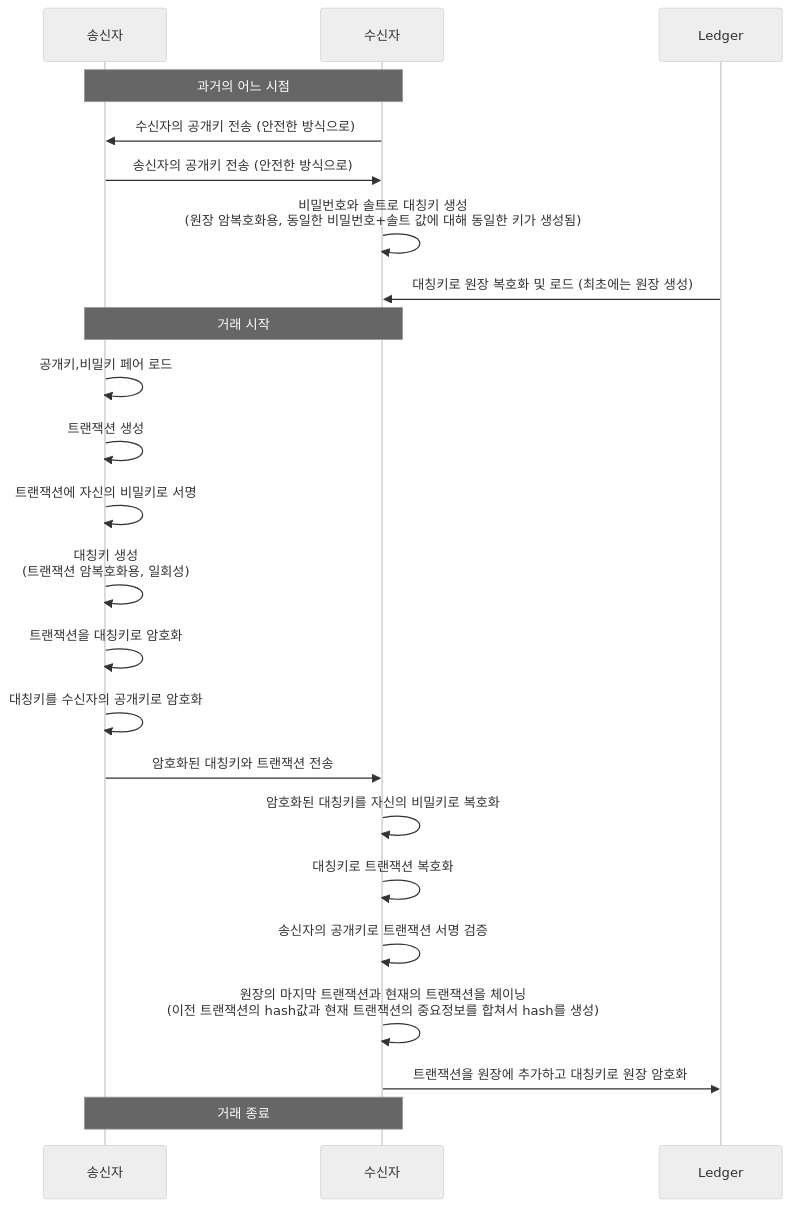
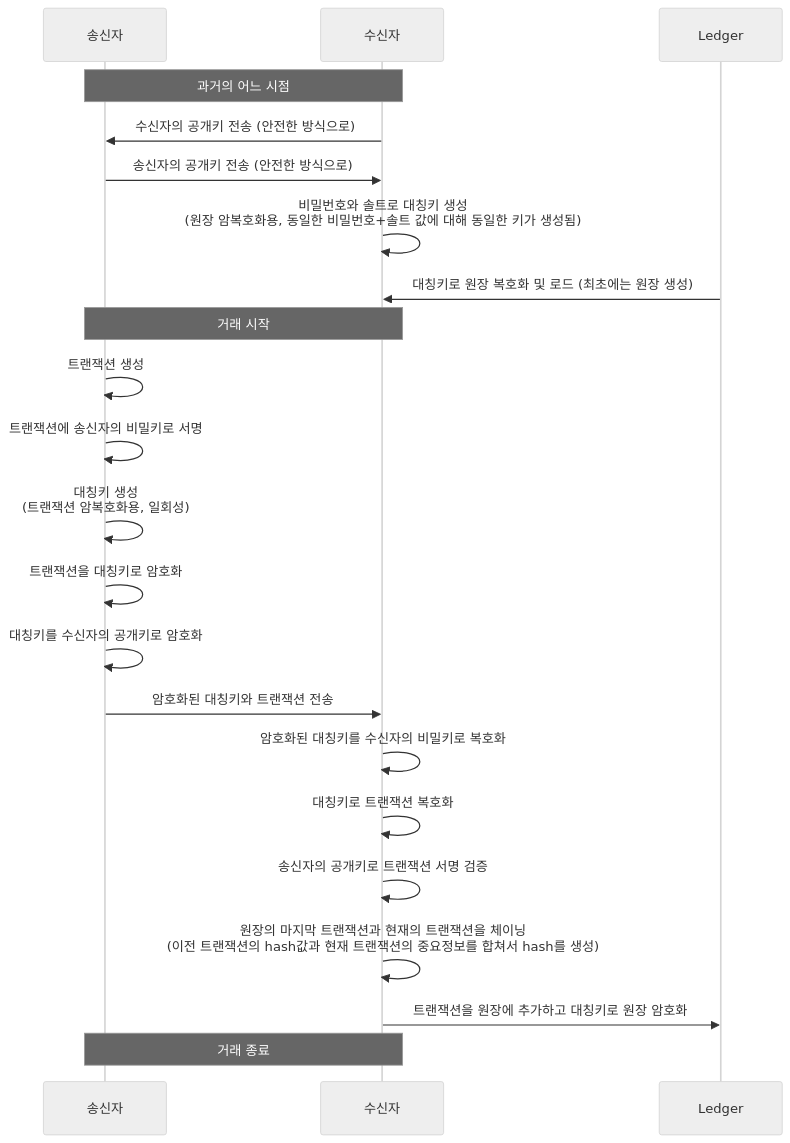
The first of 2 diagrams in README.md (tanminkwan/blockchain), drawn with Mermaid (neutral theme) before and after one commit.

````diff
--- a/README.md
+++ b/README.md
@@ -2,25 +2,24 @@
 ```mermaid
 sequenceDiagram
     participant 송신자
     participant 수신자
     participant Ledger
     Note over 송신자,수신자: 과거의 어느 시점
     수신자->>송신자: 수신자의 공개키 전송 (안전한 방식으로)
     송신자->>수신자: 송신자의 공개키 전송 (안전한 방식으로)
     수신자->>수신자: 비밀번호와 솔트로 대칭키 생성<br/>(원장 암복호화용, 동일한 비밀번호+솔트 값에 대해 동일한 키가 생성됨)
     Ledger->>수신자: 대칭키로 원장 복호화 및 로드 (최초에는 원장 생성)
     Note over 송신자,수신자: 거래 시작
-    송신자->>송신자: 공개키,비밀키 페어 로드
     송신자->>송신자: 트랜잭션 생성
-    송신자->>송신자: 트랜잭션에 자신의 비밀키로 서명
+    송신자->>송신자: 트랜잭션에 송신자의 비밀키로 서명
     송신자->>송신자: 대칭키 생성<br/>(트랜잭션 암복호화용, 일회성)
     송신자->>송신자: 트랜잭션을 대칭키로 암호화
     송신자->>송신자: 대칭키를 수신자의 공개키로 암호화
     송신자->>수신자: 암호화된 대칭키와 트랜잭션 전송
-    수신자->>수신자: 암호화된 대칭키를 자신의 비밀키로 복호화
+    수신자->>수신자: 암호화된 대칭키를 수신자의 비밀키로 복호화
     수신자->>수신자: 대칭키로 트랜잭션 복호화
     수신자->>수신자: 송신자의 공개키로 트랜잭션 서명 검증
     수신자->>수신자: 원장의 마지막 트랜잭션과 현재의 트랜잭션을 체이닝<br/>(이전 트랜잭션의 hash값과 현재 트랜잭션의 중요정보를 합쳐서 hash를 생성)
     수신자->>Ledger: 트랜잭션을 원장에 추가하고 대칭키로 원장 암호화
     Note over 송신자,수신자: 거래 종료
 ```
````
